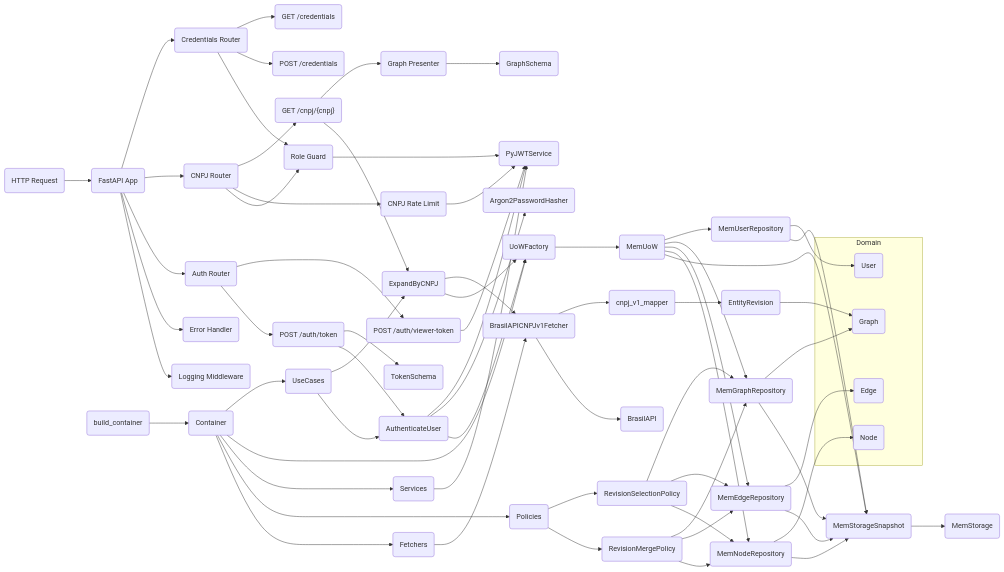
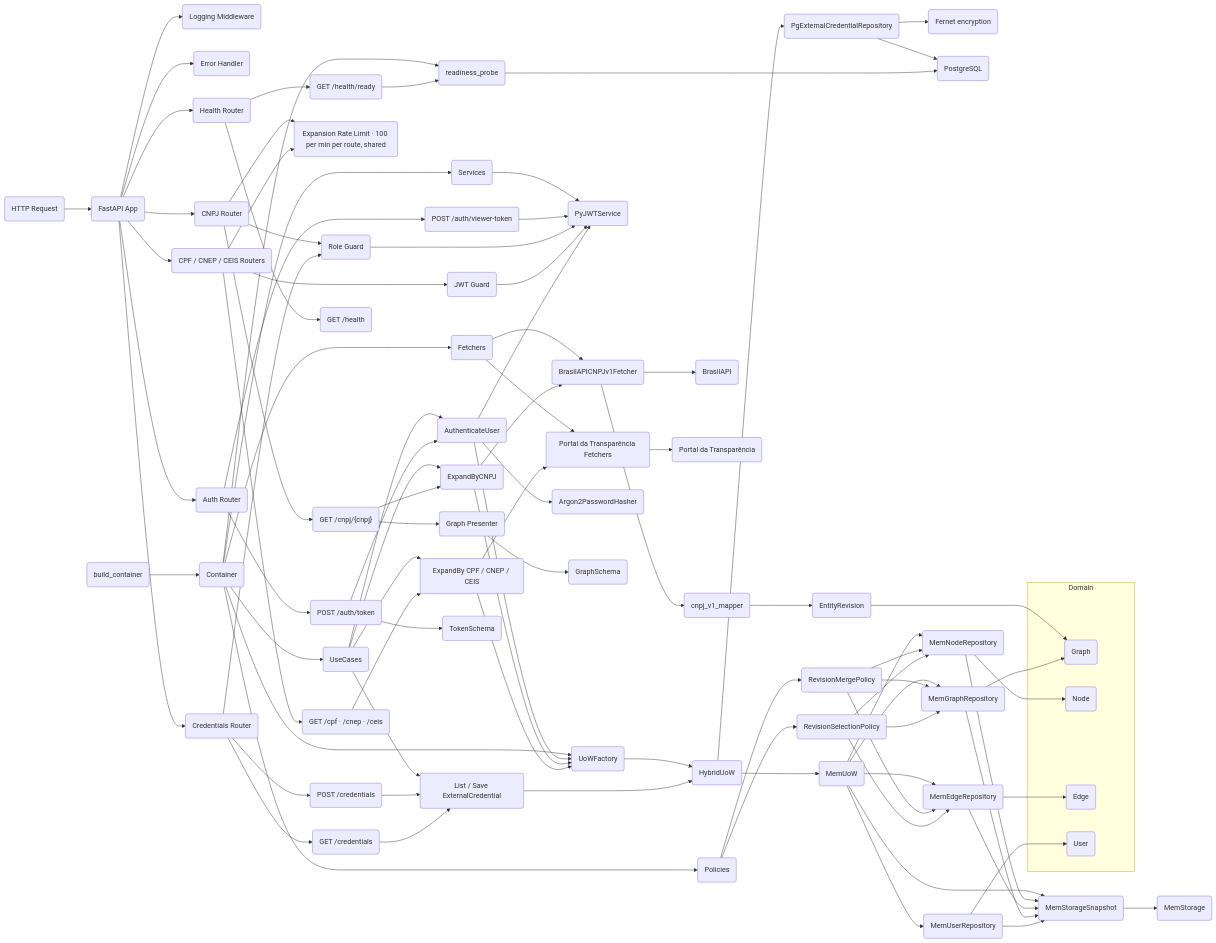
One commit to geldois/osint-engine changed the diagram in README.md. Above: the diagram before and after it, drawn with Mermaid.

Commit message:
docs(readme): sync architecture diagram with current backend

```diff
--- a/README.md
+++ b/README.md
@@ -37,16 +37,23 @@
     FastAPI --> ErrorHandler("Error Handler")
     FastAPI --> AuthRouter("Auth Router")
     FastAPI --> CNPJRouter("CNPJ Router")
+    FastAPI --> ExpansionRouters("CPF / CNEP / CEIS Routers")
     FastAPI --> CredentialsRouter("Credentials Router")
+    FastAPI --> HealthRouter("Health Router")
 
     AuthRouter --> PostToken("POST /auth/token")
     AuthRouter --> PostViewerToken("POST /auth/viewer-token")
     CNPJRouter --> RoleGuard("Role Guard")
-    CNPJRouter --> CnpjRateLimit("CNPJ Rate Limit")
+    CNPJRouter --> ExpansionRateLimit("Expansion Rate Limit · 100 per min per route, shared")
     CNPJRouter --> GetCNPJ("GET /cnpj/{cnpj}")
+    ExpansionRouters --> JwtGuard("JWT Guard")
+    ExpansionRouters --> ExpansionRateLimit
+    ExpansionRouters --> GetExpansion("GET /cpf · /cnep · /ceis")
     CredentialsRouter --> RoleGuard
     CredentialsRouter --> PostCredential("POST /credentials")
     CredentialsRouter --> GetCredentials("GET /credentials")
+    HealthRouter --> Liveness("GET /health")
+    HealthRouter --> Readiness("GET /health/ready")
 
     Bootstrap("build_container") --> Container("Container")
     Container --> Fetchers("Fetchers")
@@ -54,17 +61,25 @@
     Container --> Services("Services")
     Container --> UoWFactory("UoWFactory")
     Container --> UseCases("UseCases")
+    Container --> ReadinessProbe("readiness_probe")
 
     UseCases --> AuthenticateUser("AuthenticateUser")
     UseCases --> ExpandByCNPJ("ExpandByCNPJ")
+    UseCases --> ExpandByPortal("ExpandBy CPF / CNEP / CEIS")
+    UseCases --> CredentialUseCases("List / Save ExternalCredential")
     Services --> PyJWTService("PyJWTService")
     Fetchers --> CNPJFetcher("BrasilAPICNPJv1Fetcher")
+    Fetchers --> PortalFetchers("Portal da Transparência Fetchers")
 
     PostToken --> AuthenticateUser
     PostViewerToken --> PyJWTService
     GetCNPJ --> ExpandByCNPJ
+    GetExpansion --> ExpandByPortal
+    PostCredential --> CredentialUseCases
+    GetCredentials --> CredentialUseCases
+    Readiness --> ReadinessProbe
     RoleGuard --> PyJWTService
-    CnpjRateLimit --> PyJWTService
+    JwtGuard --> PyJWTService
 
     AuthenticateUser --> UoWFactory
     AuthenticateUser --> Argon2("Argon2PasswordHasher")
@@ -72,12 +87,21 @@
 
     ExpandByCNPJ --> UoWFactory
     ExpandByCNPJ --> CNPJFetcher
+    ExpandByPortal --> UoWFactory
+    ExpandByPortal --> PortalFetchers
     CNPJFetcher --> BrasilAPI("BrasilAPI")
+    PortalFetchers --> PortalAPI("Portal da Transparência")
     CNPJFetcher --> Mapper("cnpj_v1_mapper")
     Mapper --> EntityRevision("EntityRevision")
     EntityRevision --> Graph
 
-    UoWFactory --> MemUoW("MemUoW")
+    UoWFactory --> HybridUoW("HybridUoW")
+    HybridUoW --> MemUoW("MemUoW")
+    HybridUoW --> PgCredentials("PgExternalCredentialRepository")
+    CredentialUseCases --> HybridUoW
+    PgCredentials --> Fernet("Fernet encryption")
+    PgCredentials --> Postgres("PostgreSQL")
+    ReadinessProbe --> Postgres
     MemUoW --> Snapshot("MemStorageSnapshot")
     MemUoW --> NodeRepo("MemNodeRepository")
     MemUoW --> EdgeRepo("MemEdgeRepository")
```
